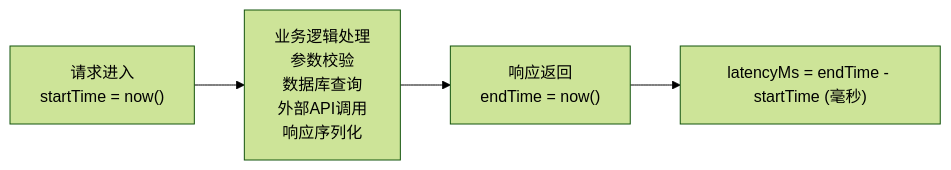
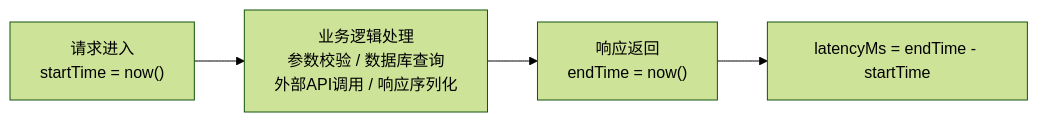
Before and after one commit to readmigo/docs: the second of 6 diagrams in 05-operations/monitoring/api-performance-collection.md, drawn with Mermaid (forest theme). The commit also changed other lines of this file and 27 other files, not shown here.

First line of the commit message:
audit: remove code snippets, update to 2-env architecture across operations and pipeline docs

````diff
--- a/05-operations/monitoring/api-performance-collection.md
+++ b/05-operations/monitoring/api-performance-collection.md
@@ -56,6 +52,6 @@
 ```mermaid
 graph LR
-    A["请求进入<br>startTime = now()"] --> B["业务逻辑处理<br>参数校验<br>数据库查询<br>外部API调用<br>响应序列化"]
+    A["请求进入<br>startTime = now()"] --> B["业务逻辑处理<br>参数校验 / 数据库查询<br>外部API调用 / 响应序列化"]
     B --> C["响应返回<br>endTime = now()"]
-    C --> D["latencyMs = endTime - startTime (毫秒)"]
+    C --> D["latencyMs = endTime - startTime"]
 ```
````
